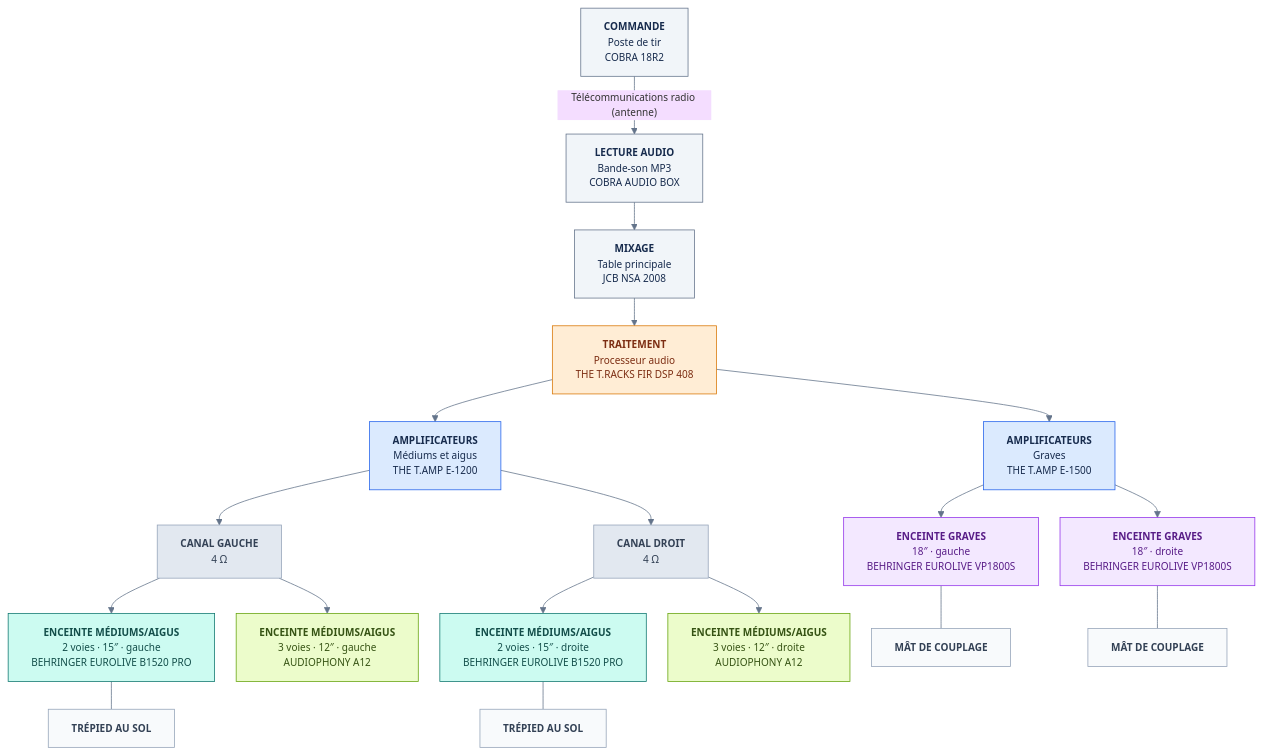
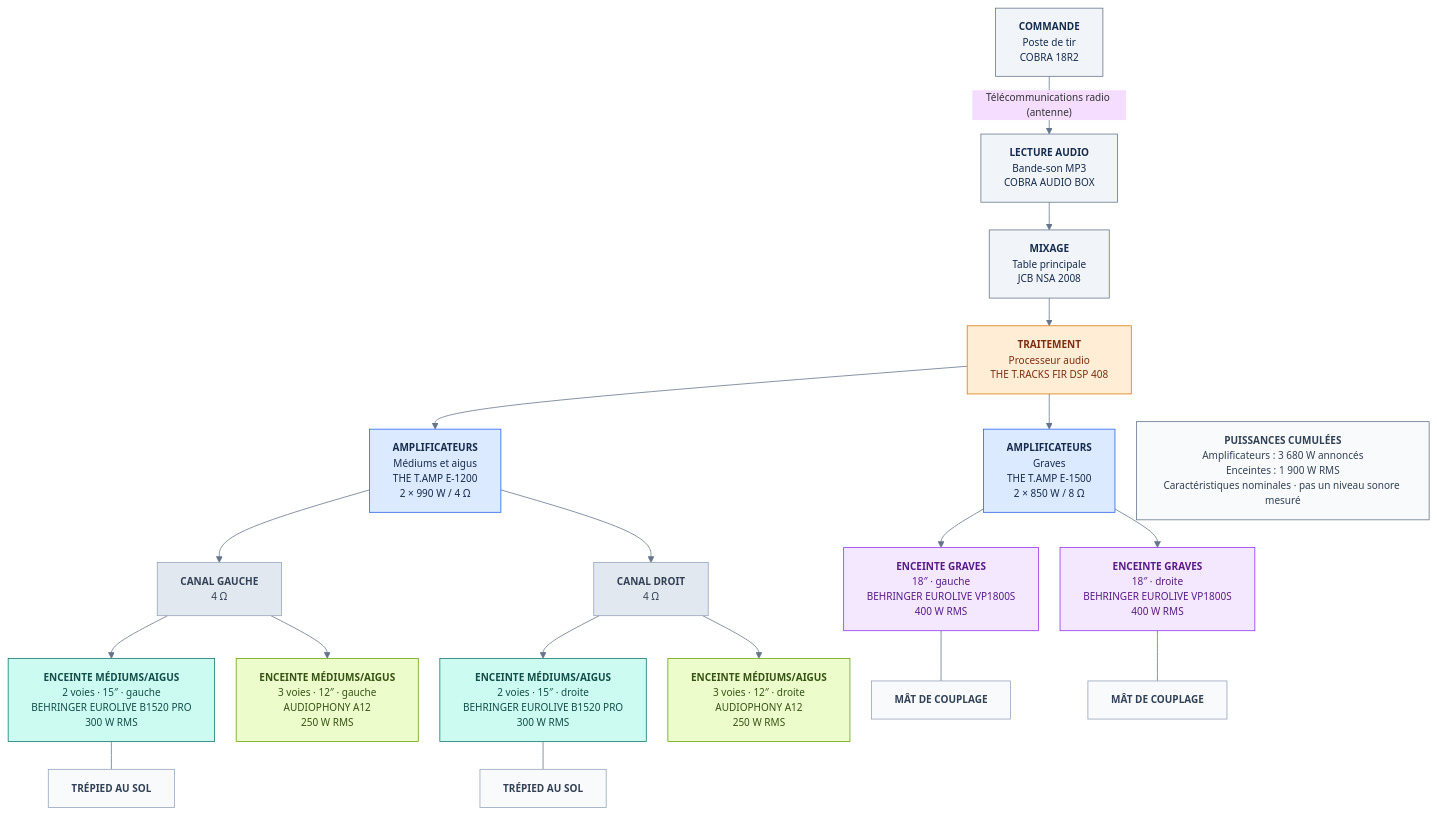
Before and after one commit to HAZIT-FR/PGE-SONO: the first of 3 diagrams in README.md, drawn with Mermaid.

Commit message:
docs: intégrer les puissances nominales et totaux au schéma audio

```diff
--- a/README.md
+++ b/README.md
@@ -34,58 +34,63 @@
 ~~~mermaid
 %%{init: {"flowchart": {"nodeSpacing": 28, "rankSpacing": 36, "htmlLabels": true, "wrappingWidth": 320}, "theme": "base", "themeVariables": {"fontSize": "13px", "lineColor": "#64748b"}}}%%
 flowchart TB
   A["<b>COMMANDE</b><br/>Poste de tir<br/>COBRA 18R2"]
   B["<b>LECTURE AUDIO</b><br/>Bande-son MP3<br/>COBRA AUDIO BOX"]
   C["<b>MIXAGE</b><br/>Table principale<br/>JCB NSA 2008"]
   D["<b>TRAITEMENT</b><br/>Processeur audio<br/>THE T.RACKS FIR DSP 408"]
-  E["<b>AMPLIFICATEURS</b><br/>Médiums et aigus<br/>THE T.AMP E-1200"]
-  F["<b>AMPLIFICATEURS</b><br/>Graves<br/>THE T.AMP E-1500"]
+  E["<b>AMPLIFICATEURS</b><br/>Médiums et aigus<br/>THE T.AMP E-1200<br/>2 × 990 W / 4 Ω"]
+  F["<b>AMPLIFICATEURS</b><br/>Graves<br/>THE T.AMP E-1500<br/>2 × 850 W / 8 Ω"]
   LG["<b>CANAL GAUCHE</b><br/>4 Ω"]
   LD["<b>CANAL DROIT</b><br/>4 Ω"]
-  BG["<b>ENCEINTE MÉDIUMS/AIGUS</b><br/>2 voies · 15″ · gauche<br/>BEHRINGER EUROLIVE B1520 PRO"]
-  BD["<b>ENCEINTE MÉDIUMS/AIGUS</b><br/>2 voies · 15″ · droite<br/>BEHRINGER EUROLIVE B1520 PRO"]
-  AG["<b>ENCEINTE MÉDIUMS/AIGUS</b><br/>3 voies · 12″ · gauche<br/>AUDIOPHONY A12"]
-  AD["<b>ENCEINTE MÉDIUMS/AIGUS</b><br/>3 voies · 12″ · droite<br/>AUDIOPHONY A12"]
-  SG["<b>ENCEINTE GRAVES</b><br/>18″ · gauche<br/>BEHRINGER EUROLIVE VP1800S"]
-  SD["<b>ENCEINTE GRAVES</b><br/>18″ · droite<br/>BEHRINGER EUROLIVE VP1800S"]
+  BG["<b>ENCEINTE MÉDIUMS/AIGUS</b><br/>2 voies · 15″ · gauche<br/>BEHRINGER EUROLIVE B1520 PRO<br/>300 W RMS"]
+  BD["<b>ENCEINTE MÉDIUMS/AIGUS</b><br/>2 voies · 15″ · droite<br/>BEHRINGER EUROLIVE B1520 PRO<br/>300 W RMS"]
+  AG["<b>ENCEINTE MÉDIUMS/AIGUS</b><br/>3 voies · 12″ · gauche<br/>AUDIOPHONY A12<br/>250 W RMS"]
+  AD["<b>ENCEINTE MÉDIUMS/AIGUS</b><br/>3 voies · 12″ · droite<br/>AUDIOPHONY A12<br/>250 W RMS"]
+  SG["<b>ENCEINTE GRAVES</b><br/>18″ · gauche<br/>BEHRINGER EUROLIVE VP1800S<br/>400 W RMS"]
+  SD["<b>ENCEINTE GRAVES</b><br/>18″ · droite<br/>BEHRINGER EUROLIVE VP1800S<br/>400 W RMS"]
 
   TG["<b>TRÉPIED AU SOL</b>"]
   TD["<b>TRÉPIED AU SOL</b>"]
   MG["<b>MÂT DE COUPLAGE</b>"]
   MD["<b>MÂT DE COUPLAGE</b>"]
+  P["<b>PUISSANCES CUMULÉES</b><br/>Amplificateurs : 3 680 W annoncés<br/>Enceintes : 1 900 W RMS<br/>Caractéristiques nominales · pas un niveau sonore mesuré"]
 
   A -- "Télécommunications radio (antenne)" --> B
   B --> C --> D
   D --> E
   D --> F
   E --> LG
   E --> LD
   LG --> BG
   LG --> AG
   LD --> BD
   LD --> AD
   F --> SG
   F --> SD
 
   BG --- TG
   BD --- TD
   SG --- MG
   SD --- MD
 
+  D ~~~ P
+
   classDef commande fill:#f1f5f9,stroke:#64748b,color:#172b4d;
   classDef processeur fill:#ffedd5,stroke:#d97706,color:#7c2d12;
   classDef amplis fill:#dbeafe,stroke:#2563eb,color:#172b4d;
   classDef canaux fill:#e2e8f0,stroke:#94a3b8,color:#334155;
   classDef principales fill:#ccfbf1,stroke:#0f766e,color:#134e4a;
   classDef appoint fill:#ecfccb,stroke:#65a30d,color:#365314;
   classDef basses fill:#f3e8ff,stroke:#9333ea,color:#581c87;
   classDef support fill:#f8fafc,stroke:#94a3b8,color:#334155;
+  classDef bilan fill:#f8fafc,stroke:#64748b,color:#334155;
   class A,B,C commande;
   class D processeur;
   class E,F amplis;
   class LG,LD canaux;
   class BG,BD principales;
   class AG,AD appoint;
   class SG,SD basses;
   class TG,TD,MG,MD support;
+  class P bilan;
 ~~~
```
